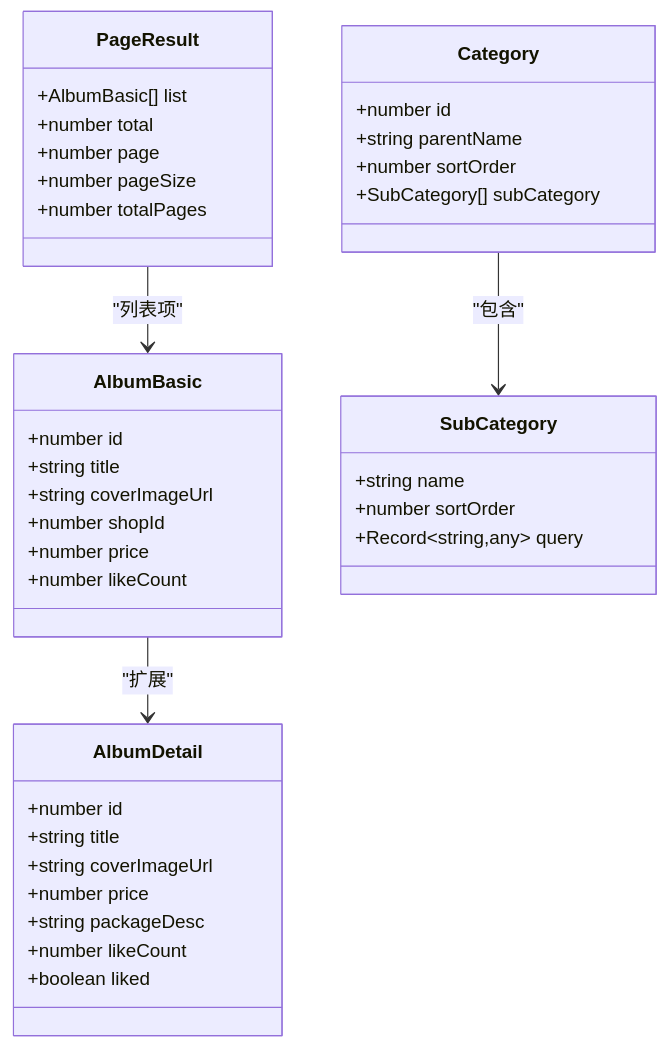
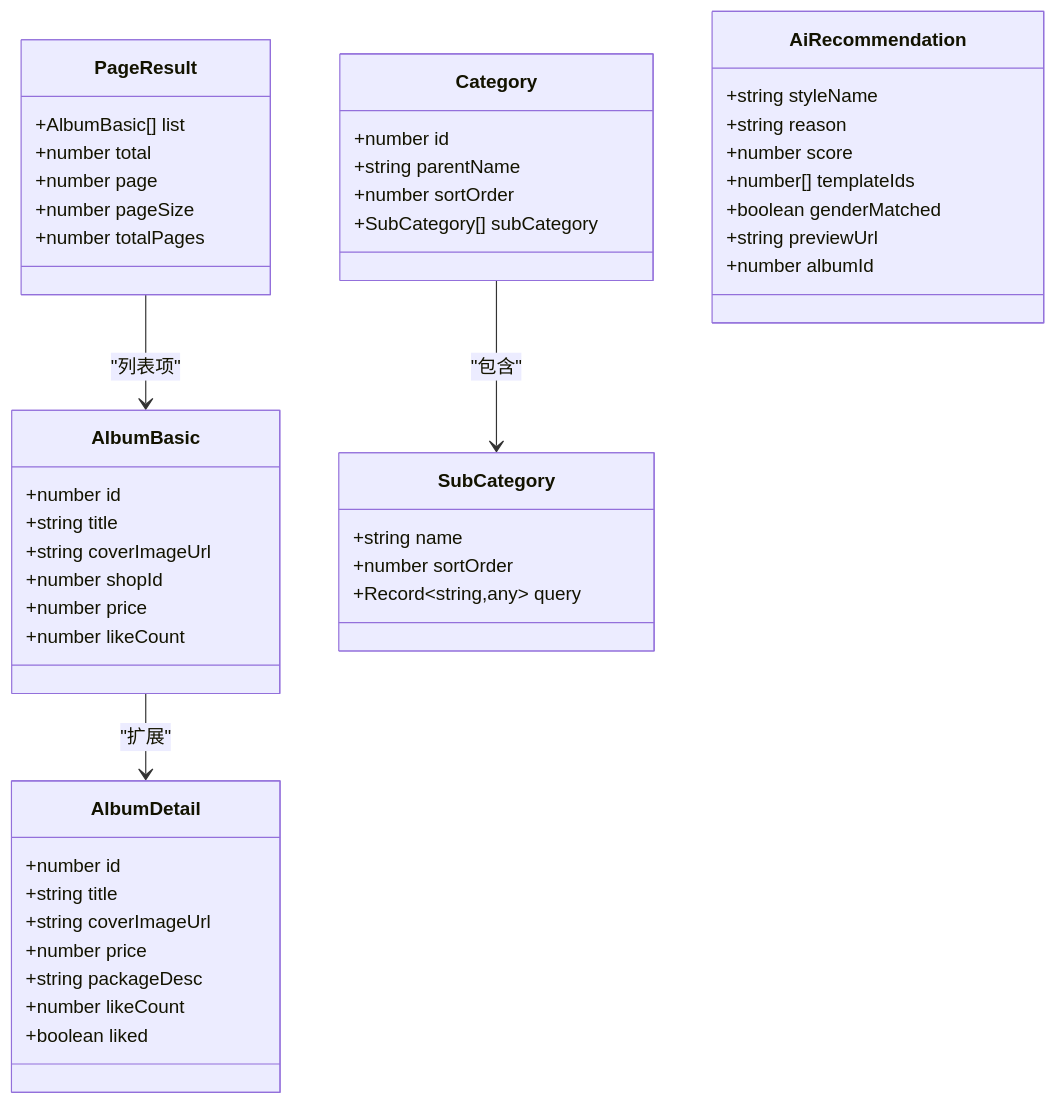
The second of 11 diagrams in .qoder/repowiki/zh/content/核心功能模块/客片管理系统/客片列表展示/客片列表展示.md (crazyma99/blueberry), drawn with Mermaid before and after one commit. The commit also changed other lines of this file and 79 other files, not shown here.

````diff
--- a/.qoder/repowiki/zh/content/核心功能模块/客片管理系统/客片列表展示/客片列表展示.md
+++ b/.qoder/repowiki/zh/content/核心功能模块/客片管理系统/客片列表展示/客片列表展示.md
@@ -90,41 +102,50 @@
 ```mermaid
 classDiagram
 class AlbumBasic {
 +number id
 +string title
 +string coverImageUrl
 +number shopId
 +number price
 +number likeCount
 }
 class AlbumDetail {
 +number id
 +string title
 +string coverImageUrl
 +number price
 +string packageDesc
 +number likeCount
 +boolean liked
 }
 class Category {
 +number id
 +string parentName
 +number sortOrder
 +SubCategory[] subCategory
 }
 class SubCategory {
 +string name
 +number sortOrder
 +Record~string,any~ query
 }
 class PageResult {
 +AlbumBasic[] list
 +number total
 +number page
 +number pageSize
 +number totalPages
 }
+class AiRecommendation {
++string styleName
++string reason
++number score
++number[] templateIds
++boolean genderMatched
++string previewUrl
++number albumId
+}
 AlbumBasic --> AlbumDetail : "扩展"
 Category --> SubCategory : "包含"
 PageResult --> AlbumBasic : "列表项"
 ```
````
